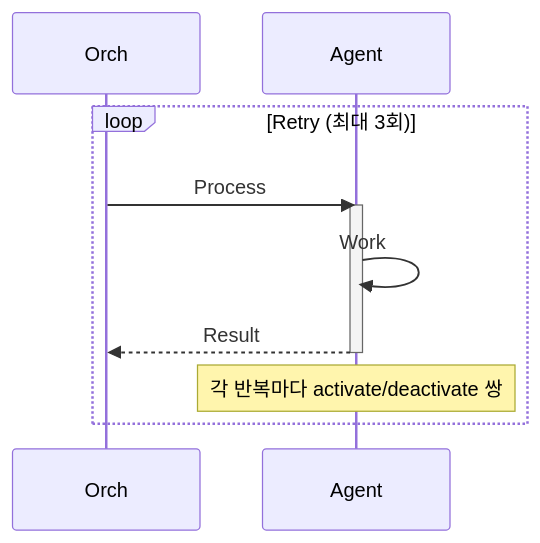
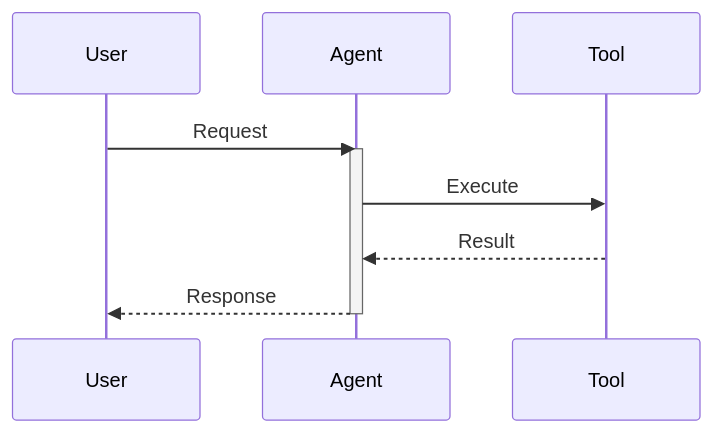
The second of 2 diagrams in path-strands-agent/skills/mermaid-diagrams/SKILL.md (muylucir/path), drawn with Mermaid before and after one commit. The commit also changed other lines of this file and 25 other files, not shown here.

````diff
--- a/path-strands-agent/skills/mermaid-diagrams/SKILL.md
+++ b/path-strands-agent/skills/mermaid-diagrams/SKILL.md
@@ -493,15 +39,9 @@
 ```mermaid
 sequenceDiagram
-    participant Orch
-    participant Agent
-
-    loop Retry (최대 3회)
-        Orch->>Agent: Process
-        activate Agent
-        Agent->>Agent: Work
-        Agent-->>Orch: Result
-        deactivate Agent
-
-        Note over Agent: 각 반복마다 activate/deactivate 쌍
-    end
+    User->>Agent: Request
+    activate Agent
+    Agent->>Tool: Execute
+    Tool-->>Agent: Result
+    Agent-->>User: Response
+    deactivate Agent
 ```
````
